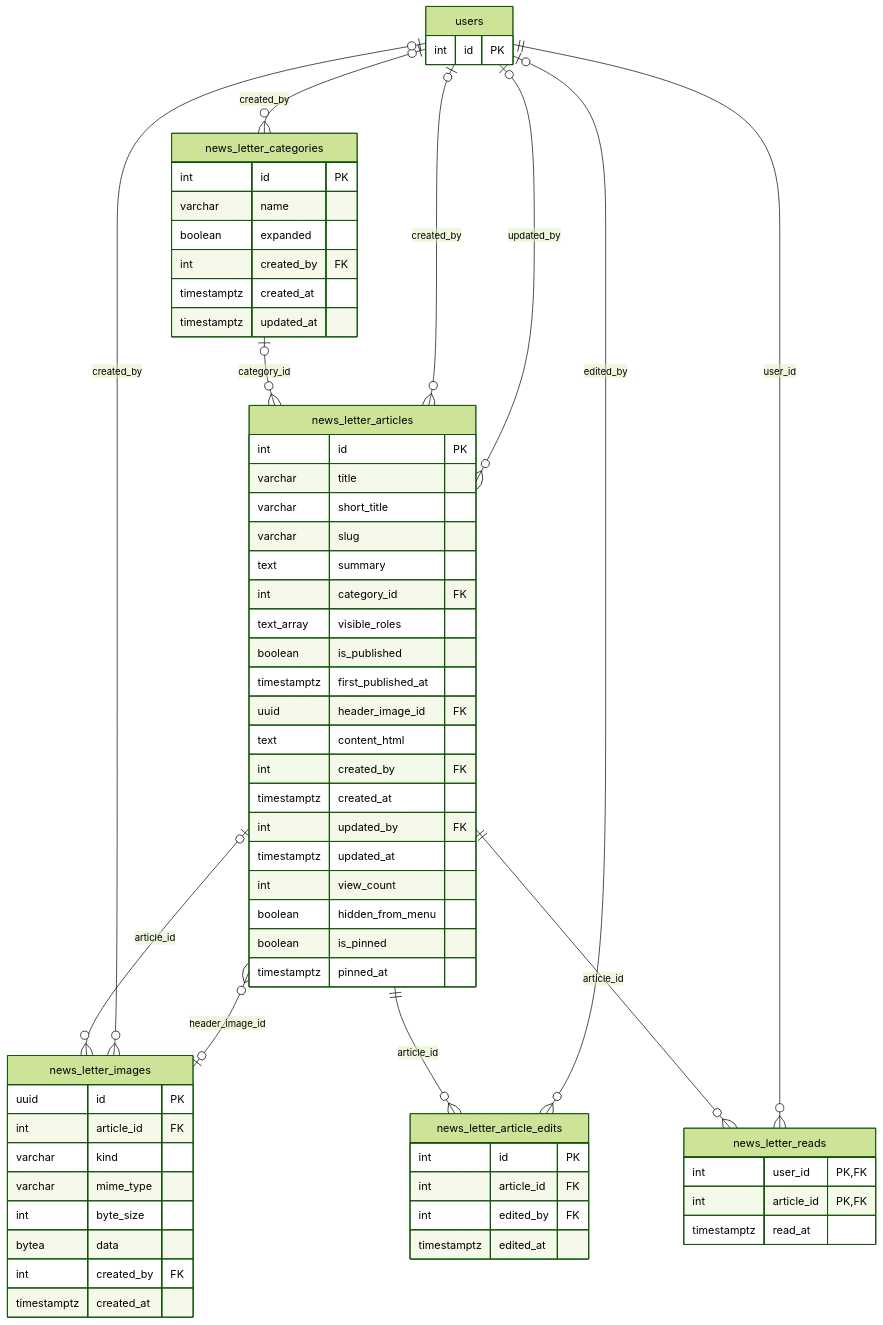
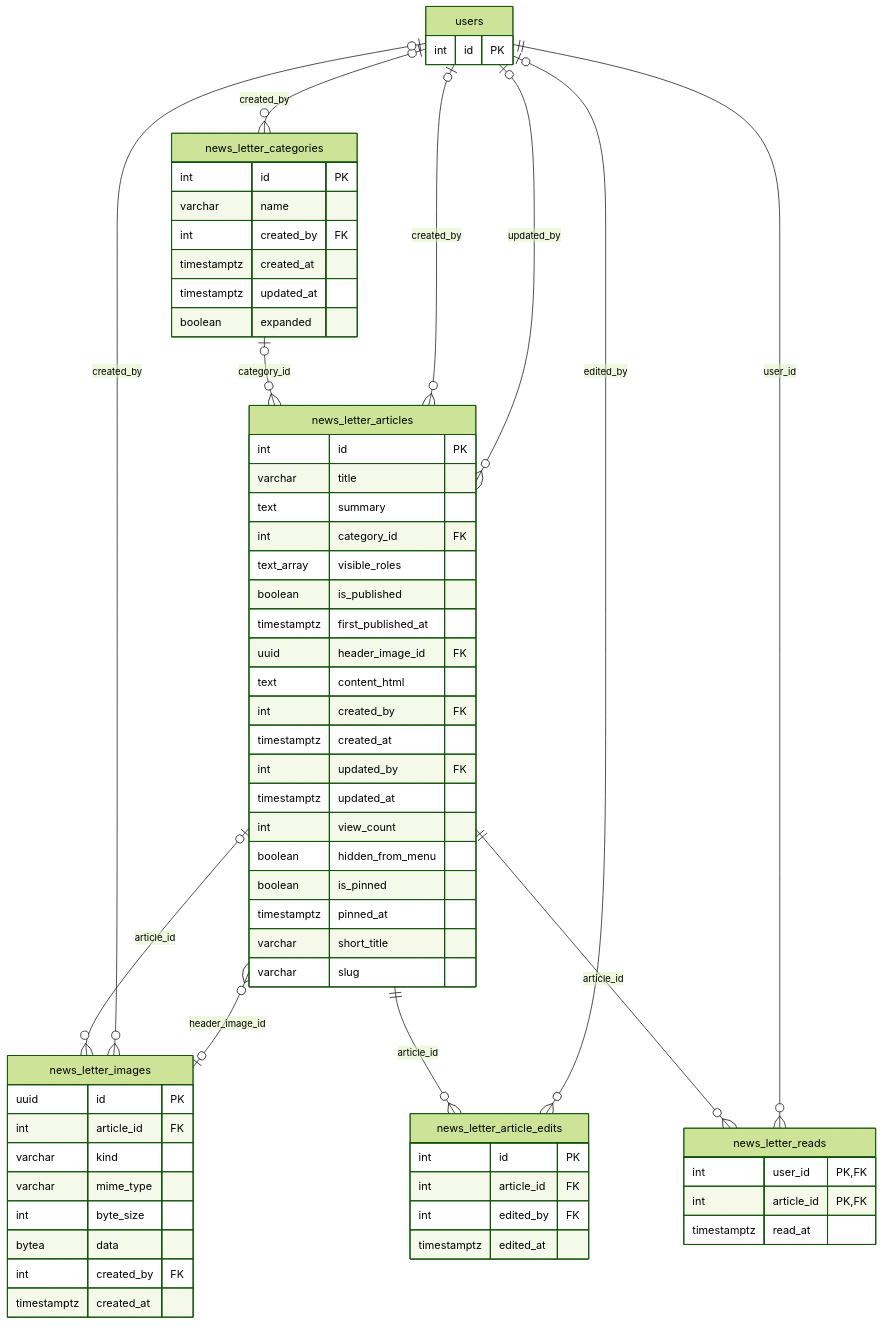
Before and after one commit to dminhbb/ttm-tool: diagram 11 of 13 in docs/database-erd.md, drawn with Mermaid (forest theme). The commit also changed other lines of this file and 42 other files, not shown here.

````diff
--- a/docs/database-erd.md
+++ b/docs/database-erd.md
@@ -1969,67 +1969,67 @@
 ```mermaid
 erDiagram
     news_letter_articles {
         int id PK
         varchar title
-        varchar short_title
-        varchar slug
         text summary
         int category_id FK
         text_array visible_roles
         boolean is_published
         timestamptz first_published_at
         uuid header_image_id FK
         text content_html
         int created_by FK
         timestamptz created_at
         int updated_by FK
         timestamptz updated_at
         int view_count
         boolean hidden_from_menu
         boolean is_pinned
         timestamptz pinned_at
+        varchar short_title
+        varchar slug
     }
     news_letter_categories {
         int id PK
         varchar name
-        boolean expanded
         int created_by FK
         timestamptz created_at
         timestamptz updated_at
+        boolean expanded
     }
     news_letter_images {
         uuid id PK
         int article_id FK
         varchar kind
         varchar mime_type
         int byte_size
         bytea data
         int created_by FK
         timestamptz created_at
     }
     news_letter_article_edits {
         int id PK
         int article_id FK
         int edited_by FK
         timestamptz edited_at
     }
     news_letter_reads {
         int user_id PK, FK
         int article_id PK, FK
         timestamptz read_at
     }
     users {
         int id PK
     }
     news_letter_categories |o--o{ news_letter_articles : "category_id"
     users |o--o{ news_letter_articles : "created_by"
     news_letter_images |o--o{ news_letter_articles : "header_image_id"
     users |o--o{ news_letter_articles : "updated_by"
     users |o--o{ news_letter_categories : "created_by"
     news_letter_articles |o--o{ news_letter_images : "article_id"
     users |o--o{ news_letter_images : "created_by"
     news_letter_articles ||--o{ news_letter_article_edits : "article_id"
     users |o--o{ news_letter_article_edits : "edited_by"
     news_letter_articles ||--o{ news_letter_reads : "article_id"
     users ||--o{ news_letter_reads : "user_id"
 ```
````
